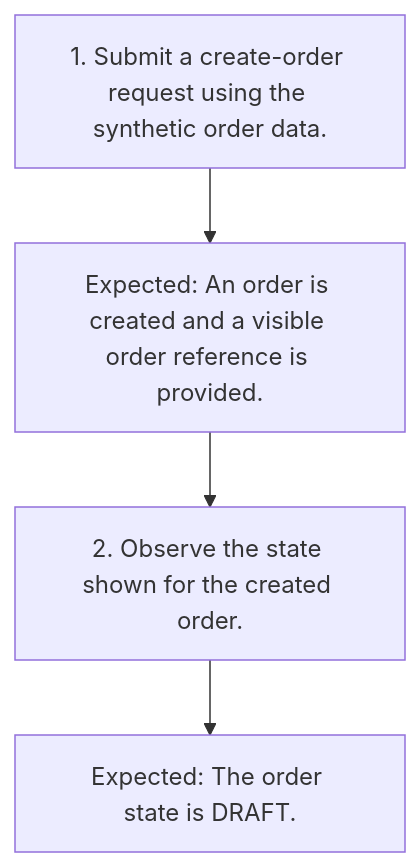
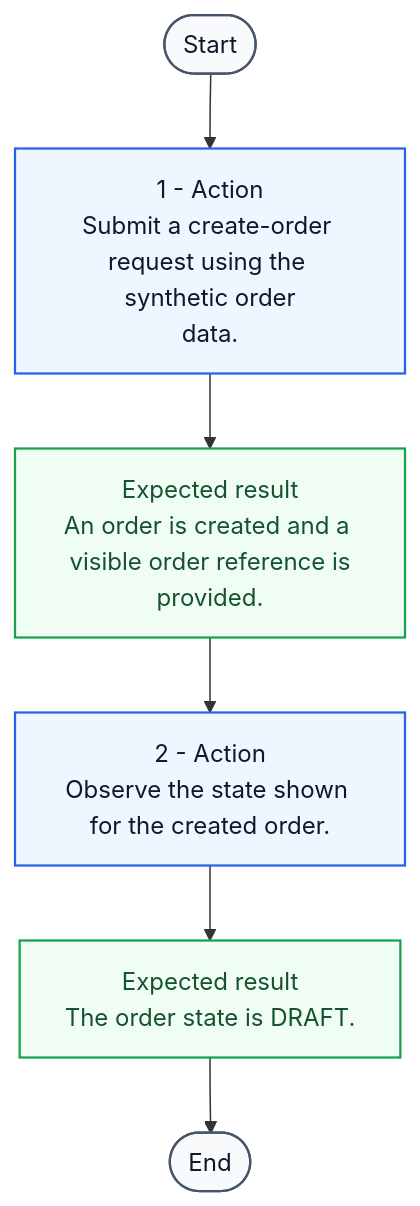
Before and after one commit to Soturine/functional-test-designer: the diagram in examples/expected-output/test-cases-md/TC-001.md, drawn with Mermaid. The commit also changed 17 other files, not shown here.

Commit message:
feat: improve offline mermaid test flows

````diff
--- a/examples/expected-output/test-cases-md/TC-001.md
+++ b/examples/expected-output/test-cases-md/TC-001.md
@@ -38,10 +38,20 @@
 ```mermaid
 flowchart TD
-    A1["1. Submit a create-order request using the synthetic order data."]
-    E1["Expected: An order is created and a visible order reference is provided."]
-    A1 --> E1
-    A2["2. Observe the state shown for the created order."]
-    E2["Expected: The order state is DRAFT."]
-    E1 --> A2
-    A2 --> E2
+    S([Start])
+    A1["1 - Action<br/>Submit a create-order request using the synthetic order<br/>data."]
+    R1["Expected result<br/>An order is created and a visible order reference is<br/>provided."]
+    A2["2 - Action<br/>Observe the state shown for the created order."]
+    R2["Expected result<br/>The order state is DRAFT."]
+    F([End])
+
+    S --> A1 --> R1 --> A2 --> R2 --> F
+
+    classDef startEnd fill:#f8fafc,stroke:#475569,stroke-width:1.5px,color:#0f172a;
+    classDef action fill:#eff6ff,stroke:#2563eb,stroke-width:1.5px,color:#0f172a;
+    classDef expected fill:#f0fdf4,stroke:#16a34a,stroke-width:1.5px,color:#14532d;
+    classDef clarification fill:#fff7ed,stroke:#ea580c,stroke-width:1.5px,color:#7c2d12,stroke-dasharray:4 3;
+
+    class S,F startEnd;
+    class A1,A2 action;
+    class R1,R2 expected;
 ```
````
